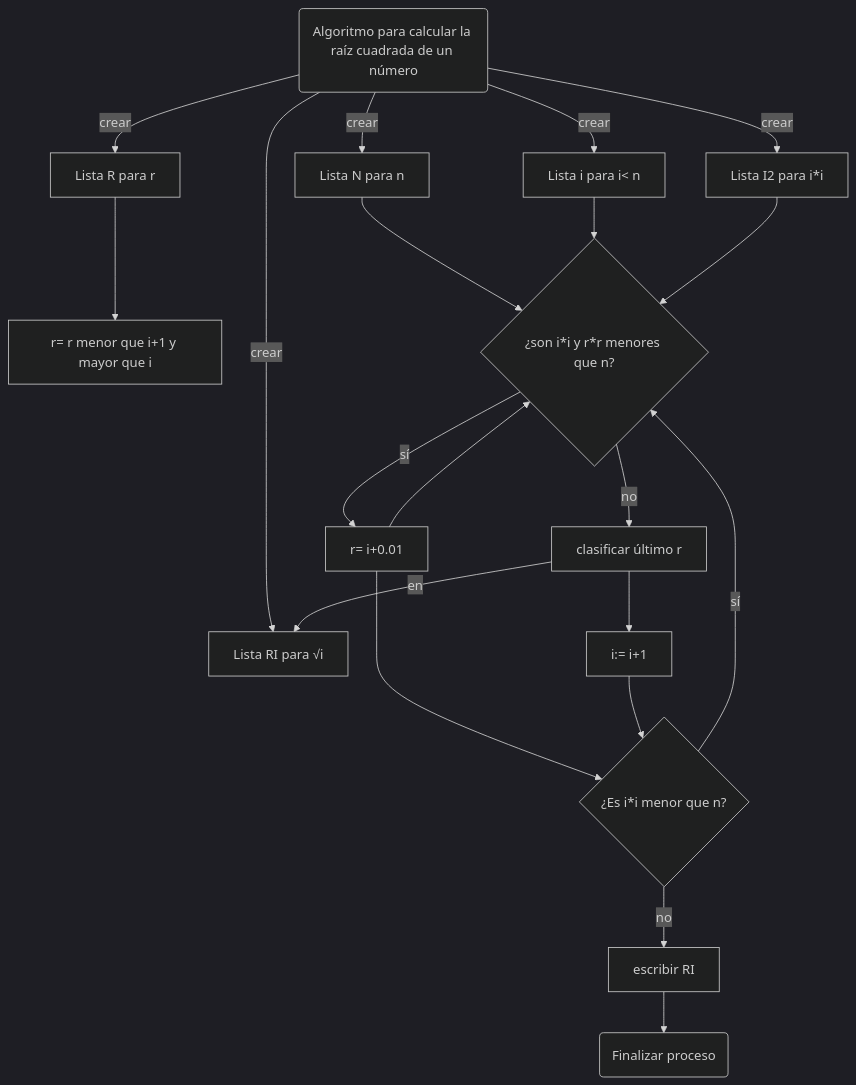
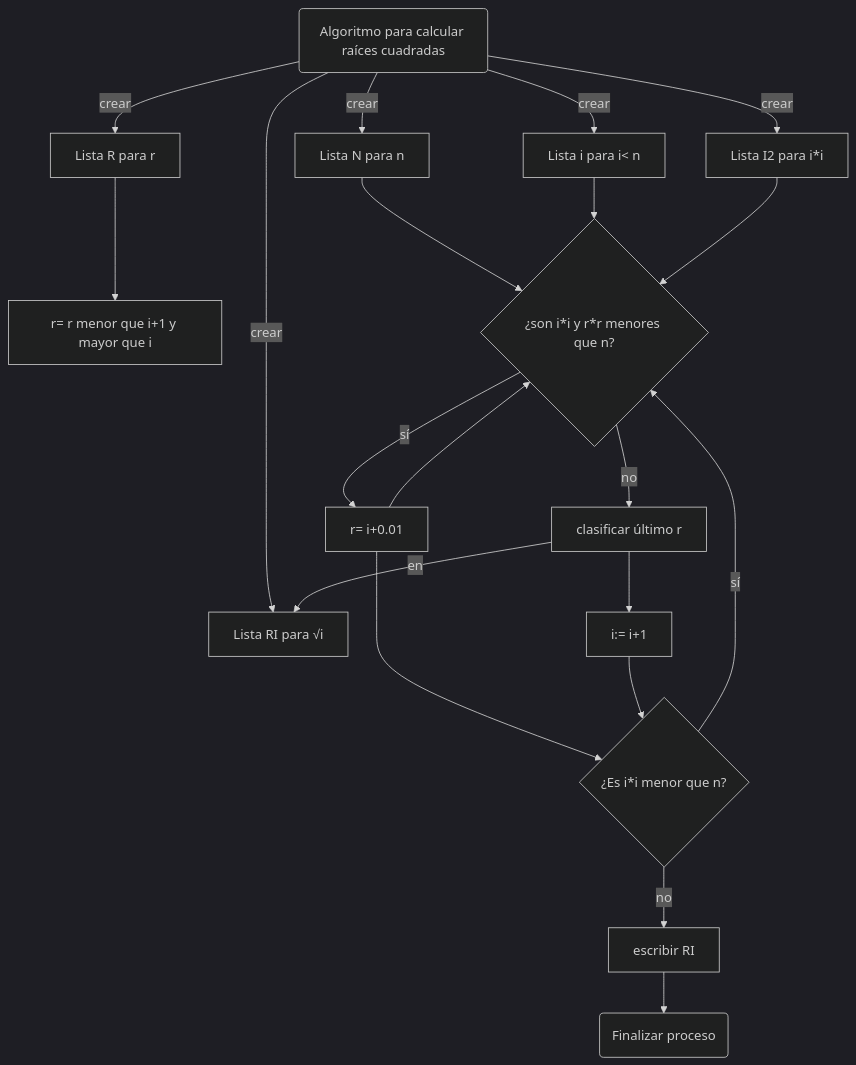
One commit to David-A-Montes-R/reto-3-unal-2024-1 changed the second of 3 diagrams in README.md. Above: the diagram before and after it, drawn with Mermaid (dark theme).

````diff
--- a/README.md
+++ b/README.md
@@ -93,25 +93,24 @@
 ```mermaid
 graph TD;
-A(Algoritmo para calcular la raíz cuadrada de un número)
-A-->|crear| B[Lista N para n]
+A(Algoritmo para calcular raíces cuadradas)-->|crear| B[Lista N para n]
 A-->|crear| C[Lista i para i< n]
 A-->|crear| D[Lista R para r]
 A-->|crear| J[Lista RI para √i ]
 
 D-->G[r= r menor que i+1 y mayor que i]
 A-->|crear| E[Lista I2 para i*i]
 
 B-->F{¿es i*i menor que n?}
 C-->F{¿es i*i menor que n?}
 E-->F{¿son i*i y r*r menores que n?}
 F-->|sí| H[r= i+0.01]
 H-->F
 F-->|no| I[clasificar  último r]
 I--> L[i:= i+1]
 I-->|en| J
 H--> K{¿Es i*i menor que n?}
 L-->K
 K--> |sí|F
 K --> |no| M[escribir RI]
 M -->N(Finalizar proceso)
 ```
````
